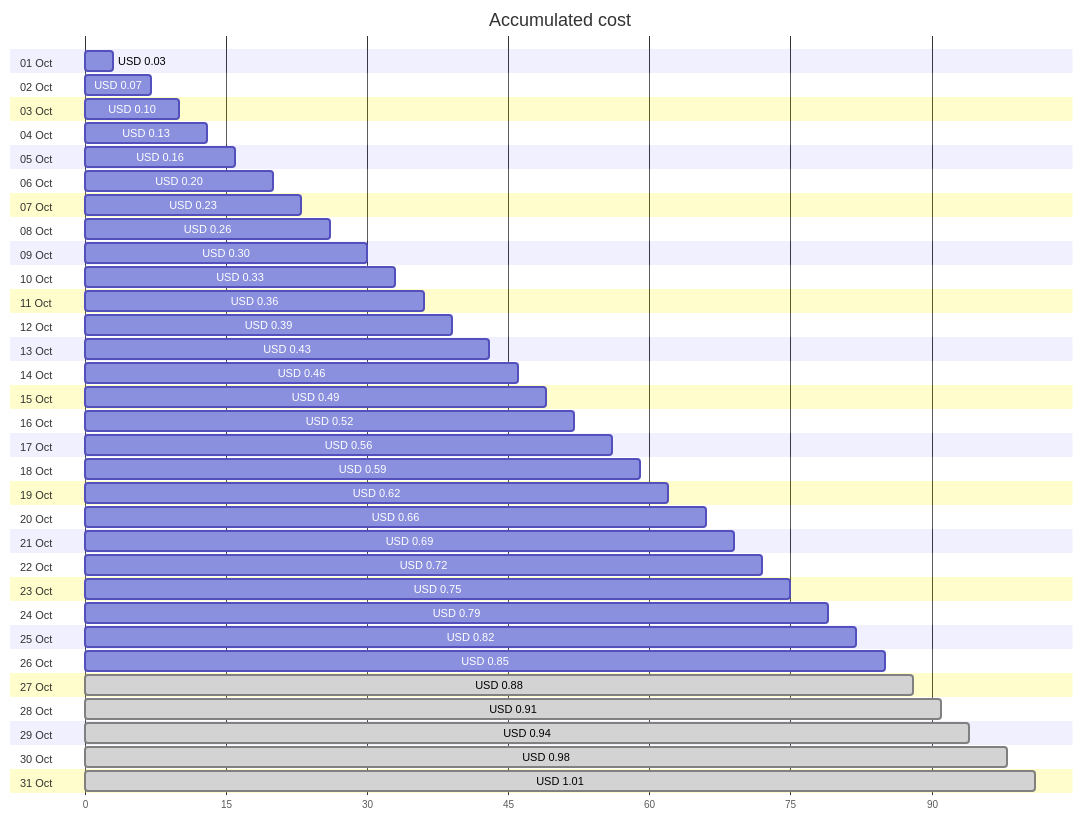
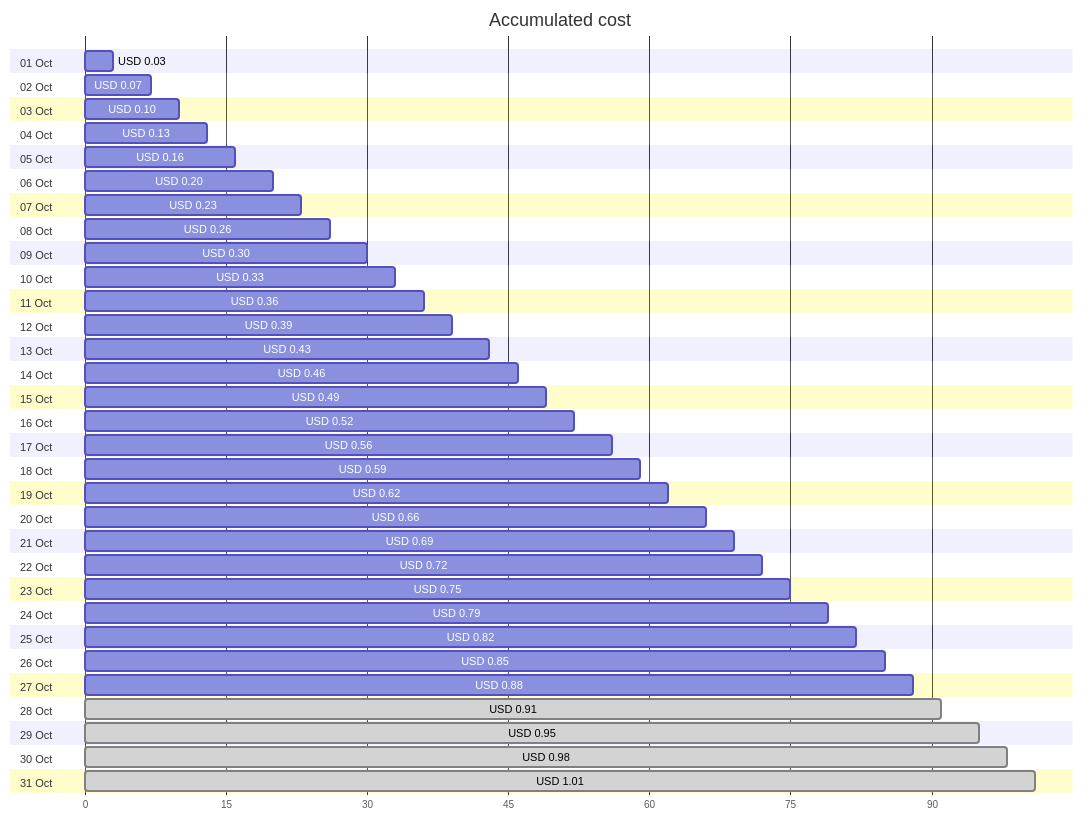
One commit to jpfulton/azure-personal-reports changed the first of 4 diagrams in cost-reports/personal-dns/README.md. Above: the diagram before and after it, drawn with Mermaid. The commit also changed other lines of this file and 2 other files, not shown here.

````diff
--- a/cost-reports/personal-dns/README.md
+++ b/cost-reports/personal-dns/README.md
@@ -20,68 +20,68 @@
 ```mermaid
 gantt
    title Accumulated cost
    dateFormat  X
    axisFormat %s
    section 01 Oct
    USD 0.03 :0, 3
    section 02 Oct
    USD 0.07 :0, 7
    section 03 Oct
    USD 0.10 :0, 10
    section 04 Oct
    USD 0.13 :0, 13
    section 05 Oct
    USD 0.16 :0, 16
    section 06 Oct
    USD 0.20 :0, 20
    section 07 Oct
    USD 0.23 :0, 23
    section 08 Oct
    USD 0.26 :0, 26
    section 09 Oct
    USD 0.30 :0, 30
    section 10 Oct
    USD 0.33 :0, 33
    section 11 Oct
    USD 0.36 :0, 36
    section 12 Oct
    USD 0.39 :0, 39
    section 13 Oct
    USD 0.43 :0, 43
    section 14 Oct
    USD 0.46 :0, 46
    section 15 Oct
    USD 0.49 :0, 49
    section 16 Oct
    USD 0.52 :0, 52
    section 17 Oct
    USD 0.56 :0, 56
    section 18 Oct
    USD 0.59 :0, 59
    section 19 Oct
    USD 0.62 :0, 62
    section 20 Oct
    USD 0.66 :0, 66
    section 21 Oct
    USD 0.69 :0, 69
    section 22 Oct
    USD 0.72 :0, 72
    section 23 Oct
    USD 0.75 :0, 75
    section 24 Oct
    USD 0.79 :0, 79
    section 25 Oct
    USD 0.82 :0, 82
    section 26 Oct
    USD 0.85 :0, 85
    section 27 Oct
-   USD 0.88 : done, 0, 88
+   USD 0.88 :0, 88
    section 28 Oct
    USD 0.91 : done, 0, 91
    section 29 Oct
-   USD 0.94 : done, 0, 94
+   USD 0.95 : done, 0, 95
    section 30 Oct
    USD 0.98 : done, 0, 98
    section 31 Oct
    USD 1.01 : done, 0, 101
 ```
````
